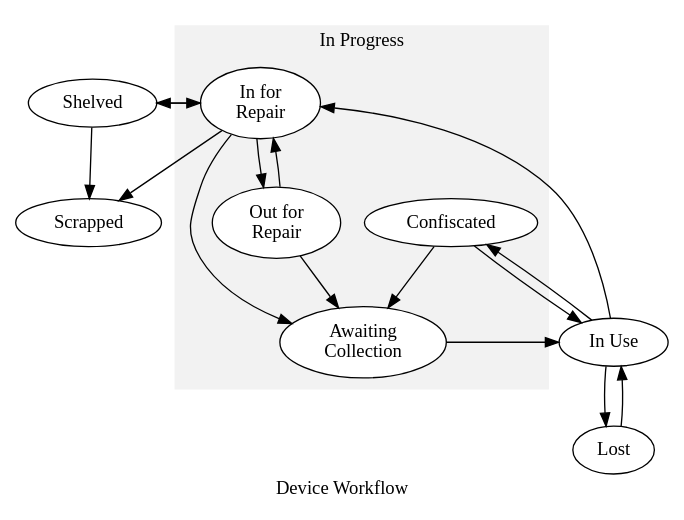
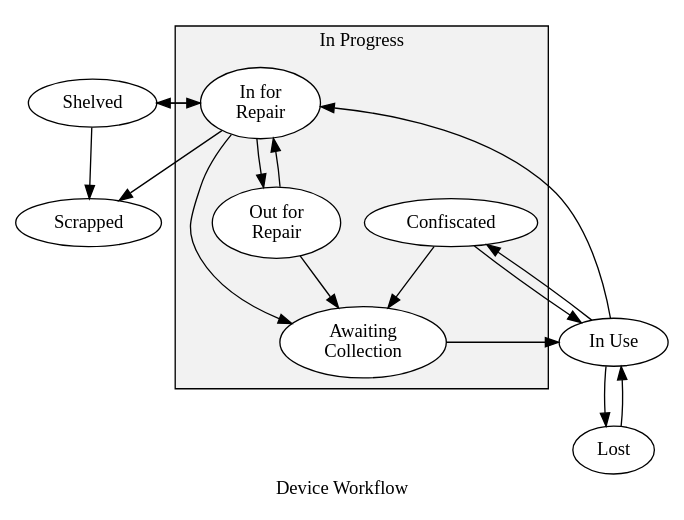
Before and after one commit to mike42/device-log: the diagram in maintenance/statuses/src/devices.dot, drawn with Graphviz. The commit also changed 2 other files, not shown here.

```diff
--- a/maintenance/statuses/src/devices.dot
+++ b/maintenance/statuses/src/devices.dot
@@ -1,37 +1,37 @@
 digraph G {
 	graph [overlap=false];
 	label="Device Workflow";
-	node [style=filled,fillcolor=white];
+	node [style=filled, fillcolor=white];
 
 	shelf [label="Shelved"];
 	lost [label="Lost"];
 	use [label="In Use"];
 	scrap [label="Scrapped"];
 
 
 	subgraph cluster0 {
 		style=filled;
-		color=grey95
+		fillcolor=grey95
 		ac [label="Awaiting\nCollection"];
 		con [label="Confiscated"];
 		in [label="In for\nRepair"];
 		out [label="Out for\nRepair"];
 		con -> ac;
 		in -> out -> ac;
 		out -> in;
 		label="In Progress";
 	}
 
 	use -> lost;
 	lost -> use;
 	use -> in;
 	ac -> use;
 	use -> con;
 	con -> use;
 	in -> shelf;
 	in -> scrap;
 	in -> ac;
 	shelf -> in;
 	shelf -> scrap;
 
 }
```
